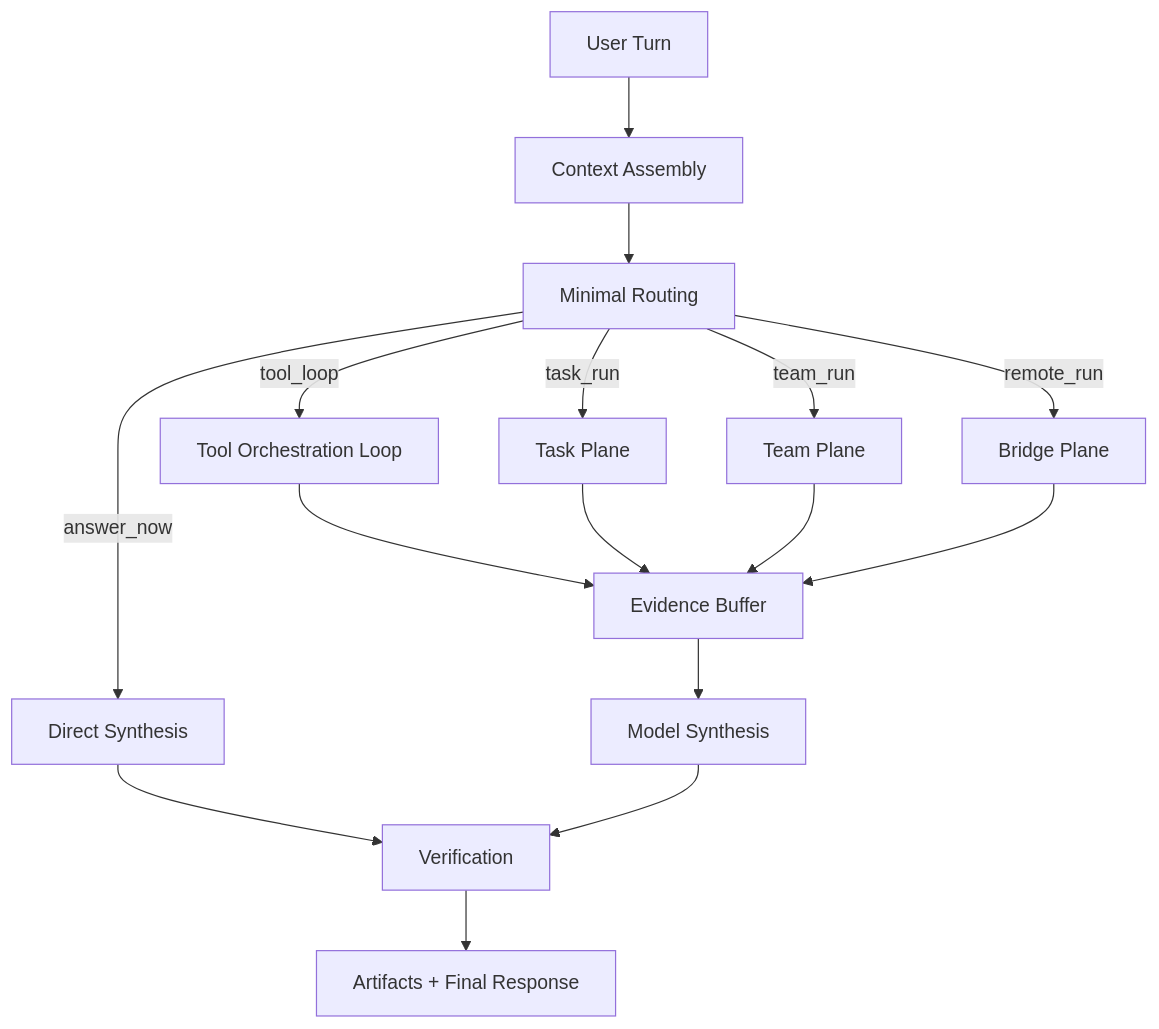
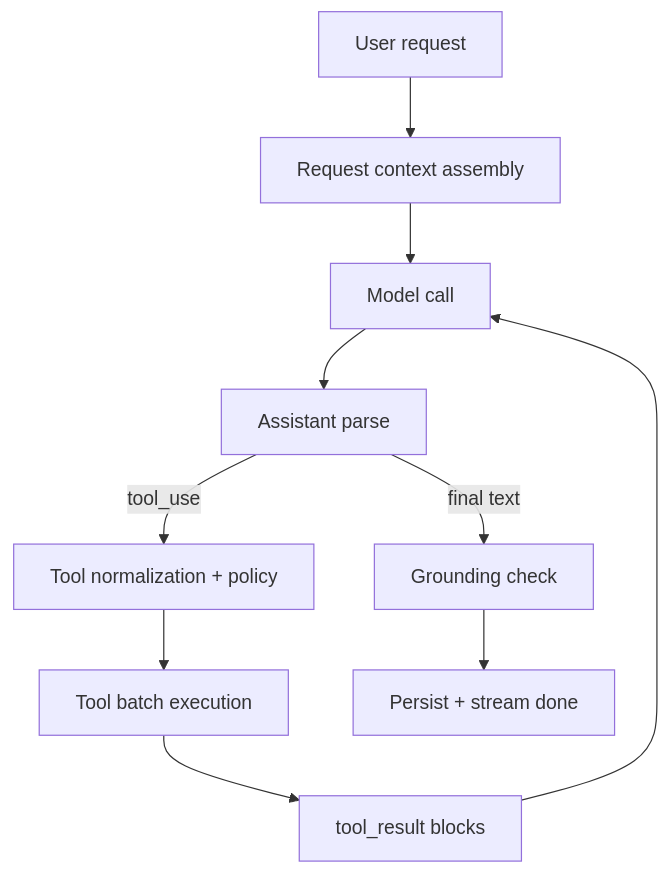
One commit to needitem/pixllm changed the diagram in docs/02-design/desktop_layered_tool_loop_architecture.md. Above: the diagram before and after it, drawn with Mermaid. The commit also changed other lines of this file and 64 other files, not shown here.

Commit message:
Refactor desktop query runtime and align evidence flow

````diff
--- a/docs/02-design/desktop_layered_tool_loop_architecture.md
+++ b/docs/02-design/desktop_layered_tool_loop_architecture.md
@@ -38,18 +31,12 @@
 ```mermaid
 flowchart TD
-    A["User Turn"] --> B["Context Assembly"]
-    B --> C["Minimal Routing"]
-    C -->|answer_now| D["Direct Synthesis"]
-    C -->|tool_loop| E["Tool Orchestration Loop"]
-    C -->|task_run| F["Task Plane"]
-    C -->|team_run| G["Team Plane"]
-    C -->|remote_run| H["Bridge Plane"]
-    E --> I["Evidence Buffer"]
-    F --> I
-    G --> I
-    H --> I
-    I --> J["Model Synthesis"]
-    D --> K["Verification"]
-    J --> K["Verification"]
-    K --> L["Artifacts + Final Response"]
+    A["User request"] --> B["Request context assembly"]
+    B --> C["Model call"]
+    C --> D["Assistant parse"]
+    D -->|final text| E["Grounding check"]
+    D -->|tool_use| F["Tool normalization + policy"]
+    F --> G["Tool batch execution"]
+    G --> H["tool_result blocks"]
+    H --> C
+    E --> I["Persist + stream done"]
 ```
````
